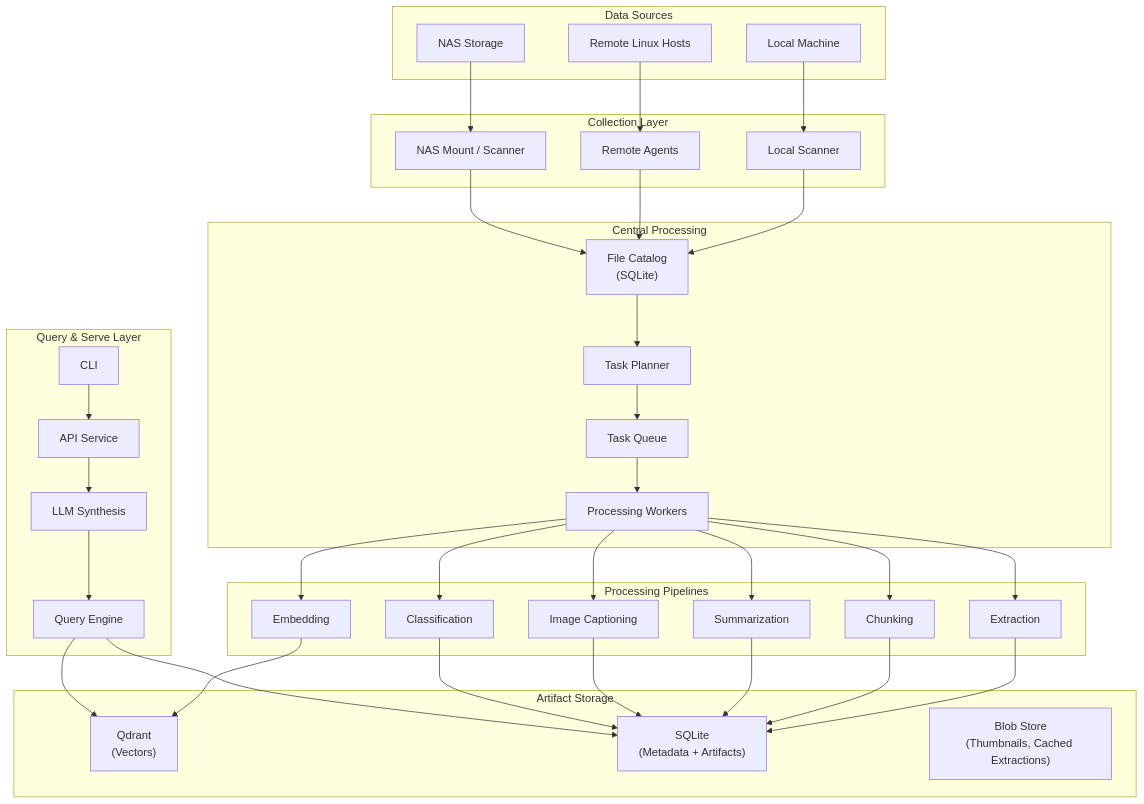
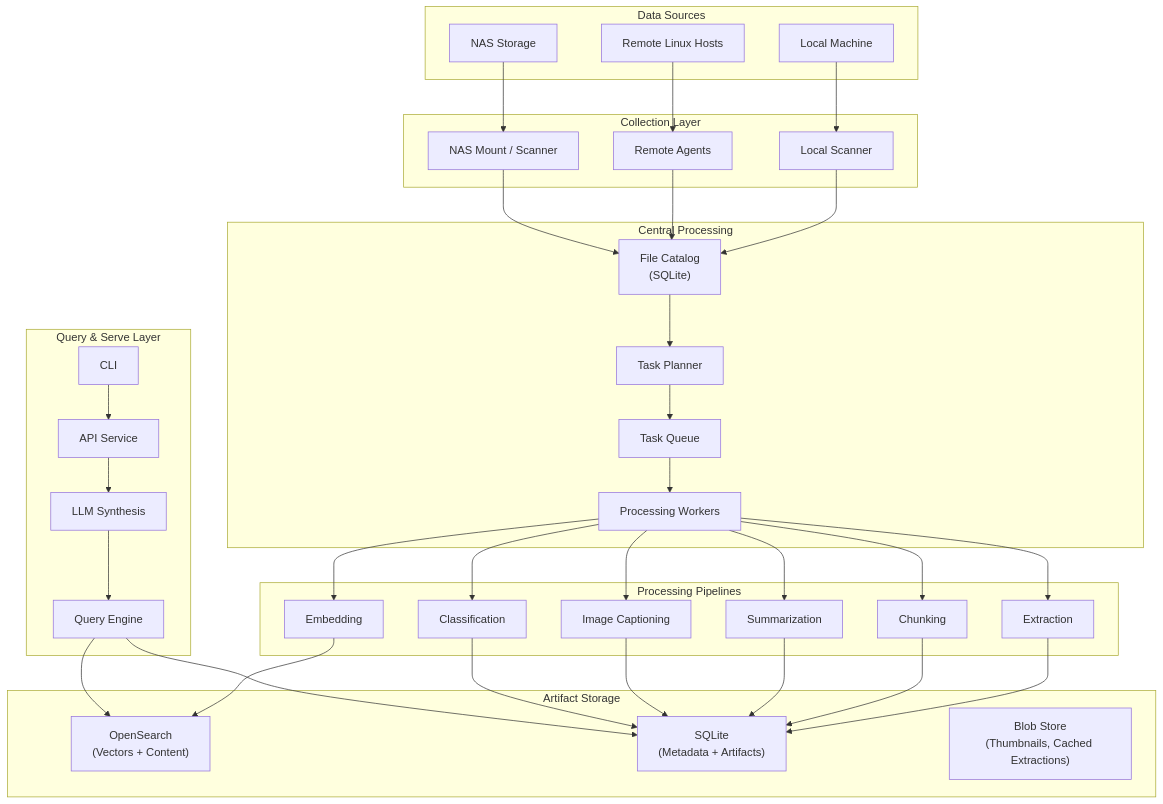
Before and after one commit to kenhia/kris: the first of 9 diagrams in docs/architecture.md, drawn with Mermaid. The commit also changed other lines of this file and 43 other files, not shown here.

First line of the commit message:
feat(003): replace Qdrant with OpenSearch for vector search

````diff
--- a/docs/architecture.md
+++ b/docs/architecture.md
@@ -23,75 +23,75 @@
 ```mermaid
 graph TB
     subgraph Sources["Data Sources"]
         LOCAL["Local Machine"]
         REMOTE["Remote Linux Hosts"]
         NAS["NAS Storage"]
     end
 
     subgraph Collection["Collection Layer"]
         LS["Local Scanner"]
         RA["Remote Agents"]
         NM["NAS Mount / Scanner"]
     end
 
     subgraph Core["Central Processing"]
         CATALOG["File Catalog<br/>(SQLite)"]
         PLANNER["Task Planner"]
         QUEUE["Task Queue"]
         WORKERS["Processing Workers"]
     end
 
     subgraph Processing["Processing Pipelines"]
         EXTRACT["Extraction"]
         CHUNK["Chunking"]
         EMBED["Embedding"]
         SUMMARIZE["Summarization"]
         CAPTION["Image Captioning"]
         CLASSIFY["Classification"]
     end
 
     subgraph Storage["Artifact Storage"]
-        QDRANT["Qdrant<br/>(Vectors)"]
+        OPENSEARCH["OpenSearch<br/>(Vectors + Content)"]
         SQLITE["SQLite<br/>(Metadata + Artifacts)"]
         BLOBS["Blob Store<br/>(Thumbnails, Cached Extractions)"]
     end
 
     subgraph Serve["Query & Serve Layer"]
         API["API Service"]
         CLI["CLI"]
         QUERY["Query Engine"]
         SYNTH["LLM Synthesis"]
     end
 
     LOCAL --> LS
     REMOTE --> RA
     NAS --> NM
 
     LS --> CATALOG
     RA --> CATALOG
     NM --> CATALOG
 
     CATALOG --> PLANNER
     PLANNER --> QUEUE
     QUEUE --> WORKERS
 
     WORKERS --> EXTRACT
     WORKERS --> CHUNK
     WORKERS --> EMBED
     WORKERS --> SUMMARIZE
     WORKERS --> CAPTION
     WORKERS --> CLASSIFY
 
     EXTRACT --> SQLITE
     CHUNK --> SQLITE
-    EMBED --> QDRANT
+    EMBED --> OPENSEARCH
     SUMMARIZE --> SQLITE
     CAPTION --> SQLITE
     CLASSIFY --> SQLITE
 
-    QUERY --> QDRANT
+    QUERY --> OPENSEARCH
     QUERY --> SQLITE
     SYNTH --> QUERY
     API --> SYNTH
     CLI --> API
 ```
````
